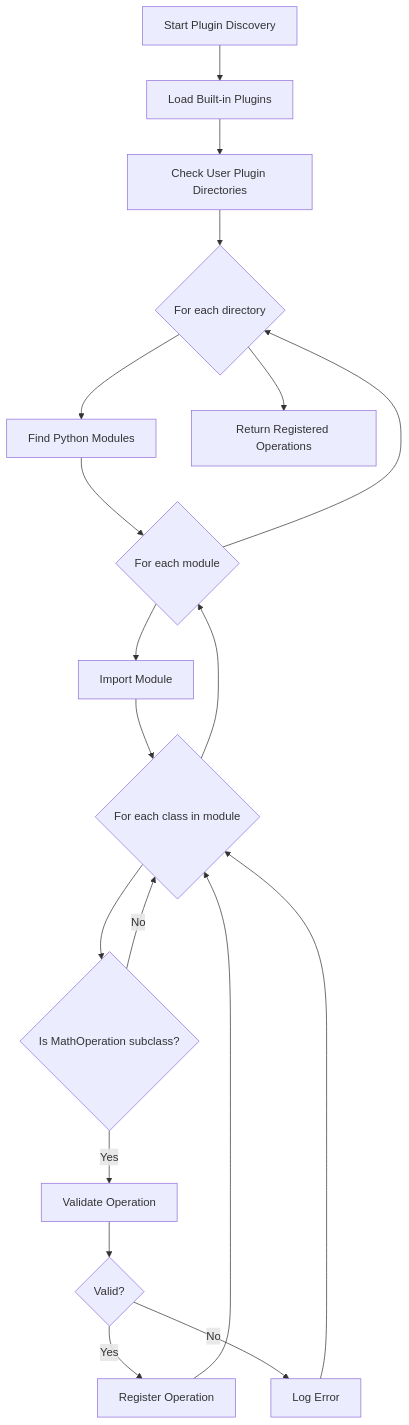
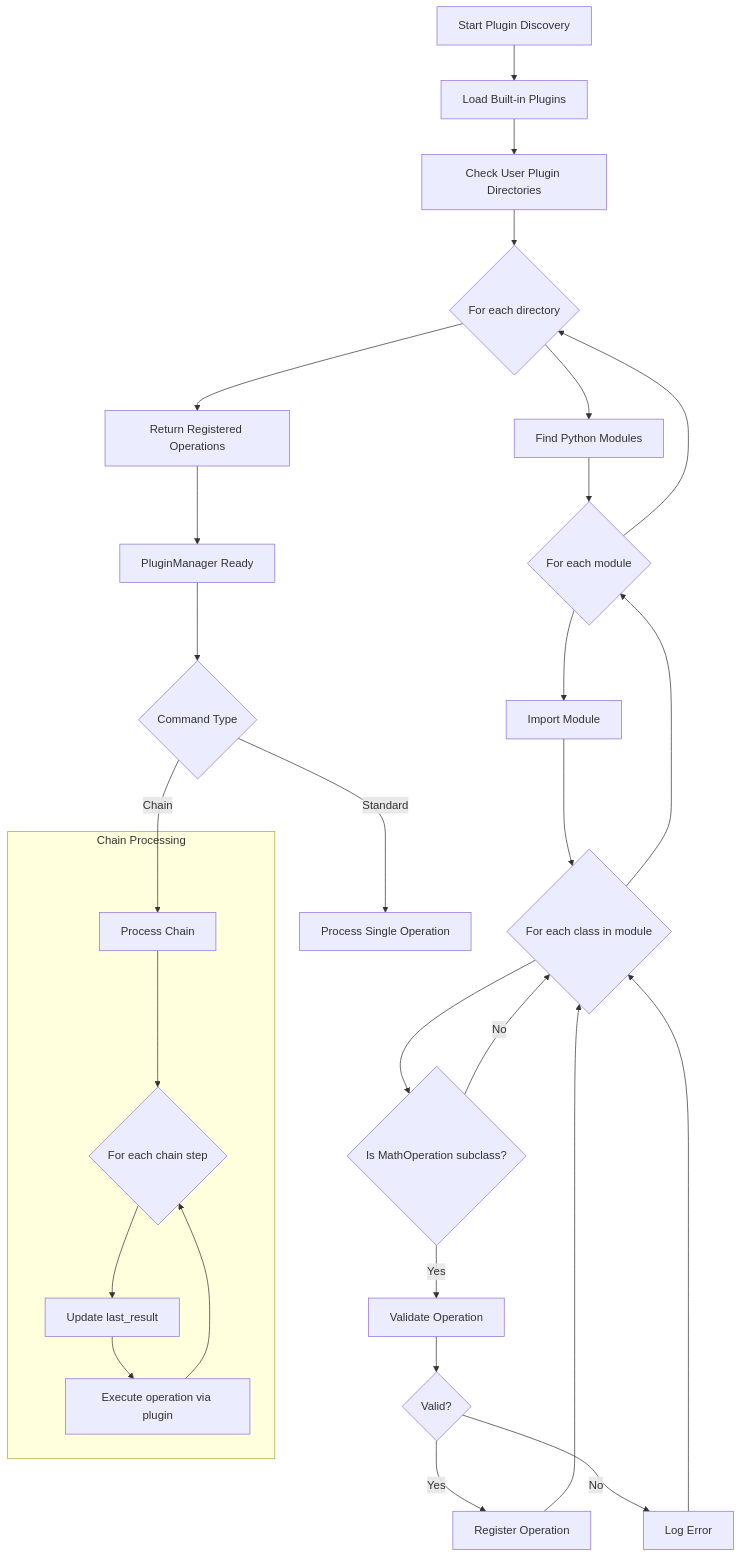
One commit to Schaafd/math_cli changed the diagram in docs/plugin-loading.md. Above: the diagram before and after it, drawn with Mermaid. The commit also changed other lines of this file and 3 other files, not shown here.

Commit message:
Fixed a bug that prevented users from using the previous result within chain commands.

````diff
--- a/docs/plugin-loading.md
+++ b/docs/plugin-loading.md
@@ -5,27 +5,40 @@
 ```mermaid
 flowchart TD
     A[Start Plugin Discovery] --> B[Load Built-in Plugins]
     B --> C[Check User Plugin Directories]
 
     C --> D{For each directory}
     D --> E[Find Python Modules]
     E --> F{For each module}
     F --> G[Import Module]
     G --> H{For each class in module}
 
     H --> I{Is MathOperation subclass?}
     I -- Yes --> J[Validate Operation]
     I -- No --> H
 
     J --> K{Valid?}
     K -- Yes --> L[Register Operation]
     K -- No --> M[Log Error]
 
     L --> H
     M --> H
 
     H --> F
     F --> D
 
     D --> N[Return Registered Operations]
+
+    %% New section showing how plugins are used in chains
+    N --> O[PluginManager Ready]
+    O --> P{Command Type}
+    P -- Chain --> Q[Process Chain]
+    P -- Standard --> R[Process Single Operation]
+
+    subgraph Chain Processing
+    Q --> S{For each chain step}
+    S --> T[Update last_result]
+    T --> U[Execute operation via plugin]
+    U --> S
+    end
 ```
````
